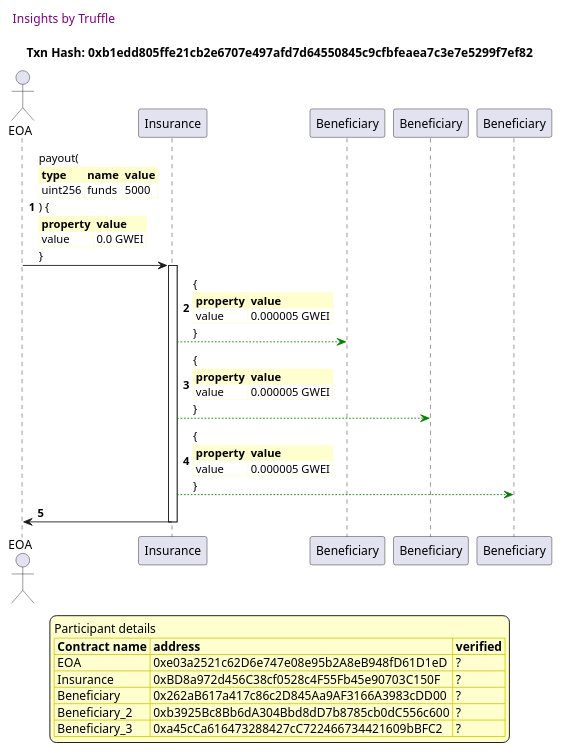
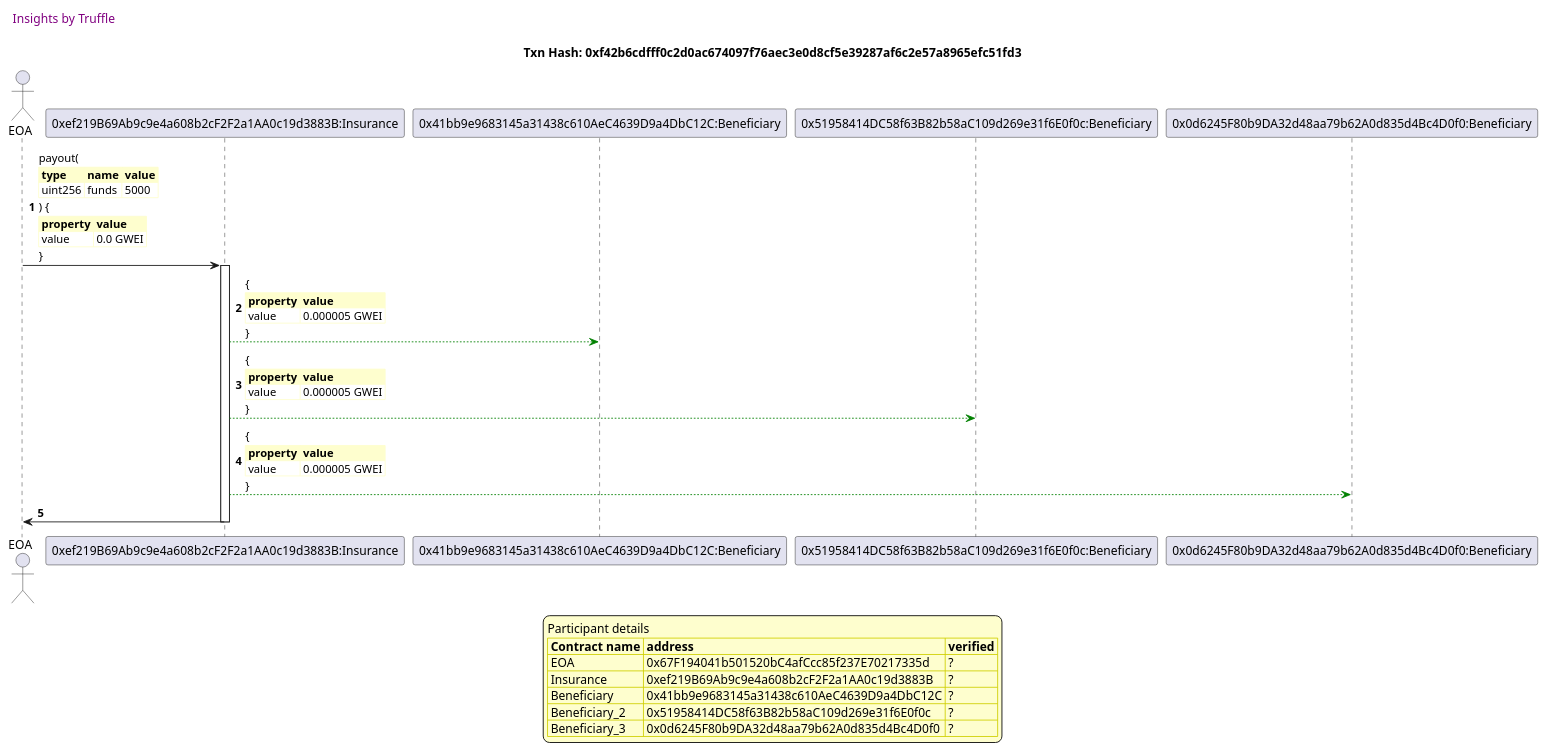
Before and after one commit to trufflesuite/txlog-seedlings: the diagram in truffle-seq/insurance.md, drawn with PlantUML. The commit also changed other lines of this file and 3 other files, not shown here.

````diff
--- a/truffle-seq/insurance.md
+++ b/truffle-seq/insurance.md
@@ -13,72 +13,72 @@
 ```plantuml
 
 
 @startuml
 
 autonumber
 skinparam legendBackgroundColor #FEFECE
 
 <style>
       header {
         HorizontalAlignment left
         FontColor purple
         FontSize 14
         Padding 10
       }
     </style>
 
 header Insights by Truffle
 
-title Txn Hash: 0xb1edd805ffe21cb2e6707e497afd7d64550845c9cfbfeaea7c3e7e5299f7ef82
+title Txn Hash: 0xf42b6cdfff0c2d0ac674097f76aec3e0d8cf5e39287af6c2e57a8965efc51fd3
 
 
 actor EOA as "EOA"
 
-participant Insurance as "Insurance"
+participant Insurance as "0xef219B69Ab9c9e4a608b2cF2F2a1AA0c19d3883B:Insurance"
 
-participant Beneficiary as "Beneficiary"
+participant Beneficiary as "0x41bb9e9683145a31438c610AeC4639D9a4DbC12C:Beneficiary"
 
-participant Beneficiary_2 as "Beneficiary"
+participant Beneficiary_2 as "0x51958414DC58f63B82b58aC109d269e31f6E0f0c:Beneficiary"
 
-participant Beneficiary_3 as "Beneficiary"
+participant Beneficiary_3 as "0x0d6245F80b9DA32d48aa79b62A0d835d4Bc4D0f0:Beneficiary"
 
 "EOA" -> "Insurance" ++: payout(\n\
 <#FEFECE,#FEFECE>|= type |= name |= value |\n\
 | uint256 | funds | 5000 |\n\
 ) {\n\
 <#FEFECE,#FEFECE>|= property |= value|\n\
 | value | 0.0 GWEI |\n\
 }
 
 "Insurance" -[#green]-> "Beneficiary" : {\n\
 <#FEFECE,#FEFECE>|= property |= value|\n\
 | value | 0.000005 GWEI |\n\
 }
 
 "Insurance" -[#green]-> "Beneficiary_2" : {\n\
 <#FEFECE,#FEFECE>|= property |= value|\n\
 | value | 0.000005 GWEI |\n\
 }
 
 "Insurance" -[#green]-> "Beneficiary_3" : {\n\
 <#FEFECE,#FEFECE>|= property |= value|\n\
 | value | 0.000005 GWEI |\n\
 }
 
 "Insurance" -> "EOA" --: 
 
 
 
 legend
 Participant details
 <#FEFECE,#D0D000>|= Contract name |= address |= verified |
-<#FEFECE>| EOA | 0xe03a2521c62D6e747e08e95b2A8eB948fD61D1eD | ? |
-<#FEFECE>| Insurance | 0xBD8a972d456C38cf0528c4F55Fb45e90703C150F | ? |
-<#FEFECE>| Beneficiary | 0x262aB617a417c86c2D845Aa9AF3166A3983cDD00 | ? |
-<#FEFECE>| Beneficiary_2 | 0xb3925Bc8Bb6dA304Bbd8dD7b8785cb0dC556c600 | ? |
-<#FEFECE>| Beneficiary_3 | 0xa45cCa616473288427cC722466734421609bBFC2 | ? |
+<#FEFECE>| EOA | 0x67F194041b501520bC4afCcc85f237E70217335d | ? |
+<#FEFECE>| Insurance | 0xef219B69Ab9c9e4a608b2cF2F2a1AA0c19d3883B | ? |
+<#FEFECE>| Beneficiary | 0x41bb9e9683145a31438c610AeC4639D9a4DbC12C | ? |
+<#FEFECE>| Beneficiary_2 | 0x51958414DC58f63B82b58aC109d269e31f6E0f0c | ? |
+<#FEFECE>| Beneficiary_3 | 0x0d6245F80b9DA32d48aa79b62A0d835d4Bc4D0f0 | ? |
 endlegend
 
 
 @enduml
 ```
````
